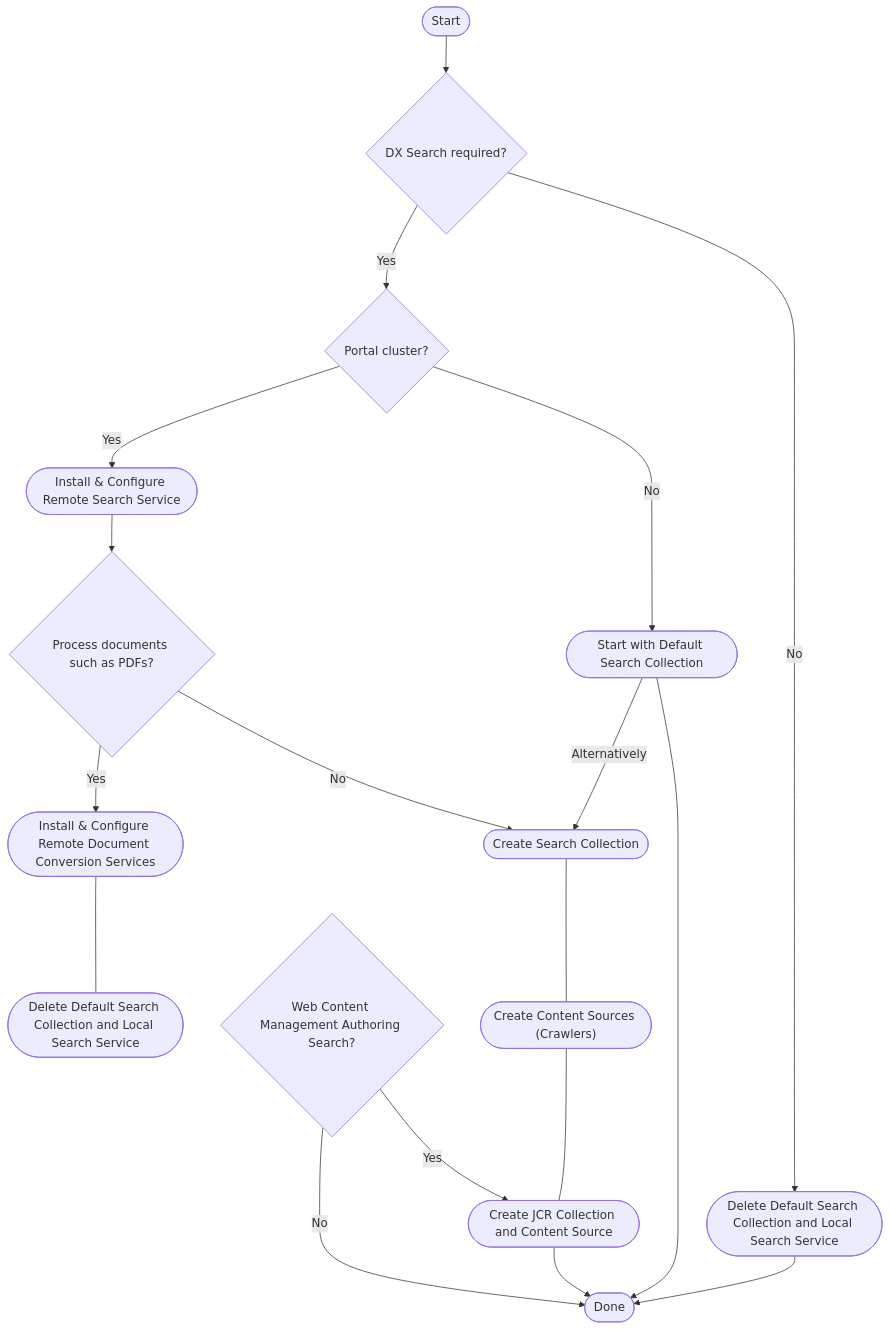
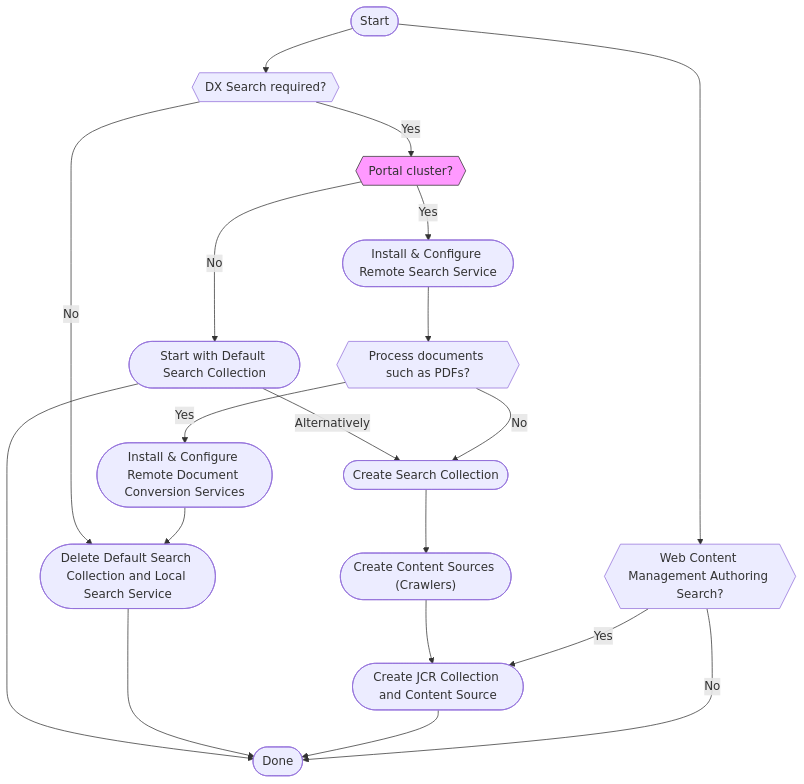
The diagram in docs/build_sites/search/cfg_dx_search/index.md (HCL-TECH-SOFTWARE/digital-experience), drawn with Mermaid before and after one commit.

Commit message:
Tweaking flowchart

````diff
--- a/docs/build_sites/search/cfg_dx_search/index.md
+++ b/docs/build_sites/search/cfg_dx_search/index.md
@@ -11,36 +11,38 @@
 ```mermaid
 
 flowchart TB
   node_1(["Start"])
-  node_2{"DX Search required?"}
-  node_3(["Delete Default Search Collection and Local Search Service"])
-  node_4{"Portal cluster?"}
+  node_2{{"DX Search required?"}}
+  node_4{{"Portal cluster?"}}
   node_5(["Done"])
   node_6(["Start with Default Search Collection"])
   node_7(["Install #amp; Configure Remote Search Service"])
-  node_8{"Process documents such as PDFs?"}
+  node_8{{"Process documents such as PDFs?"}}
   node_9(["Create Search Collection"])
   node_10(["Install #amp; Configure Remote Document Conversion Services"])
   node_11(["Delete Default Search Collection and Local Search Service"])
   node_12(["Create Content Sources (Crawlers)"])
   node_13(["Create JCR Collection and Content Source"])
-  node_14{"Web Content Management Authoring Search?"}
+  node_14{{"Web Content Management Authoring Search?"}}
   node_1 --> node_2
-  node_2 --"No"--> node_3
+  node_1 --> node_14
+  node_2 --"No"--> node_11
   node_2 --"Yes"--> node_4
-  node_3 --> node_5
   node_4 --"No"--> node_6
   node_6 --> node_5
   node_6 --"Alternatively"--> node_9
   node_4 --"Yes"--> node_7
   node_7 --> node_8
   node_8 --"No"--> node_9
   node_8 --"Yes"--> node_10
-  node_10 --- node_11
-  node_9 --- node_12
-  node_12 --- node_13
+  node_10 --> node_11
+  node_11 --> node_5
+  node_9 --> node_12
+  node_12 --> node_13
   node_13 --> node_5
   node_14 --"Yes"--> node_13
   node_14 --"No"--> node_5
 
+  style node_4 fill:#f9f,stroke:#333,stroke-width:1px
+
 ```
````
